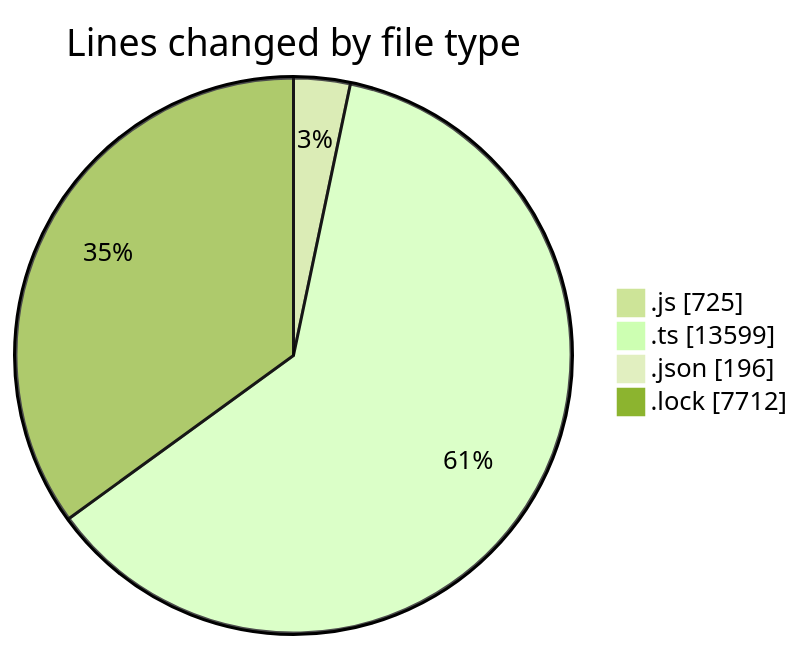
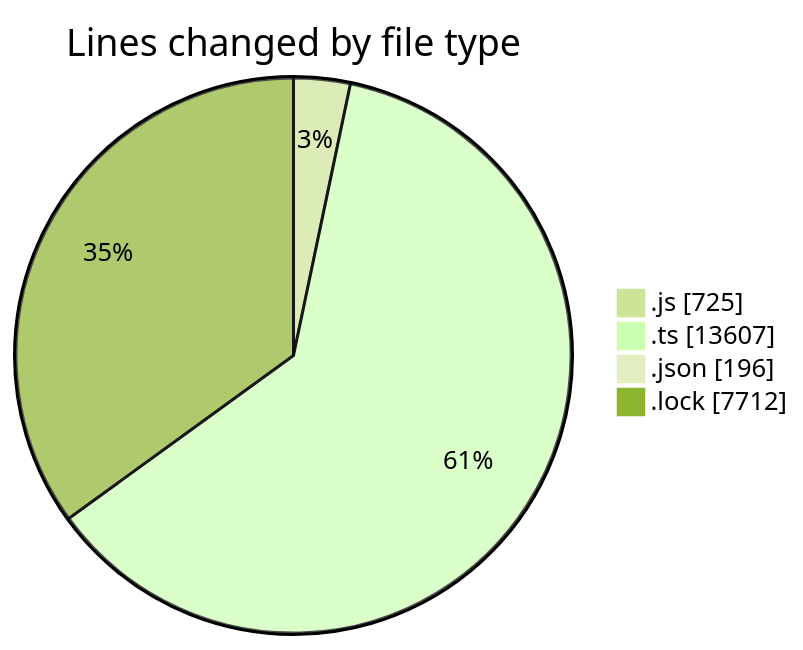
The first of 2 diagrams in 2025-05-29/cda/README.md (momahboobian/code-tracking), drawn with Mermaid (forest theme) before and after one commit. The commit also changed other lines of this file and 1 other file, not shown here.

````diff
--- a/2025-05-29/cda/README.md
+++ b/2025-05-29/cda/README.md
@@ -36,8 +36,8 @@
 ```mermaid
 pie showData
 title Lines changed by file type
 ".js" : 725
-".ts" : 13599
+".ts" : 13607
 ".json" : 196
 ".lock" : 7712
 ```
````
